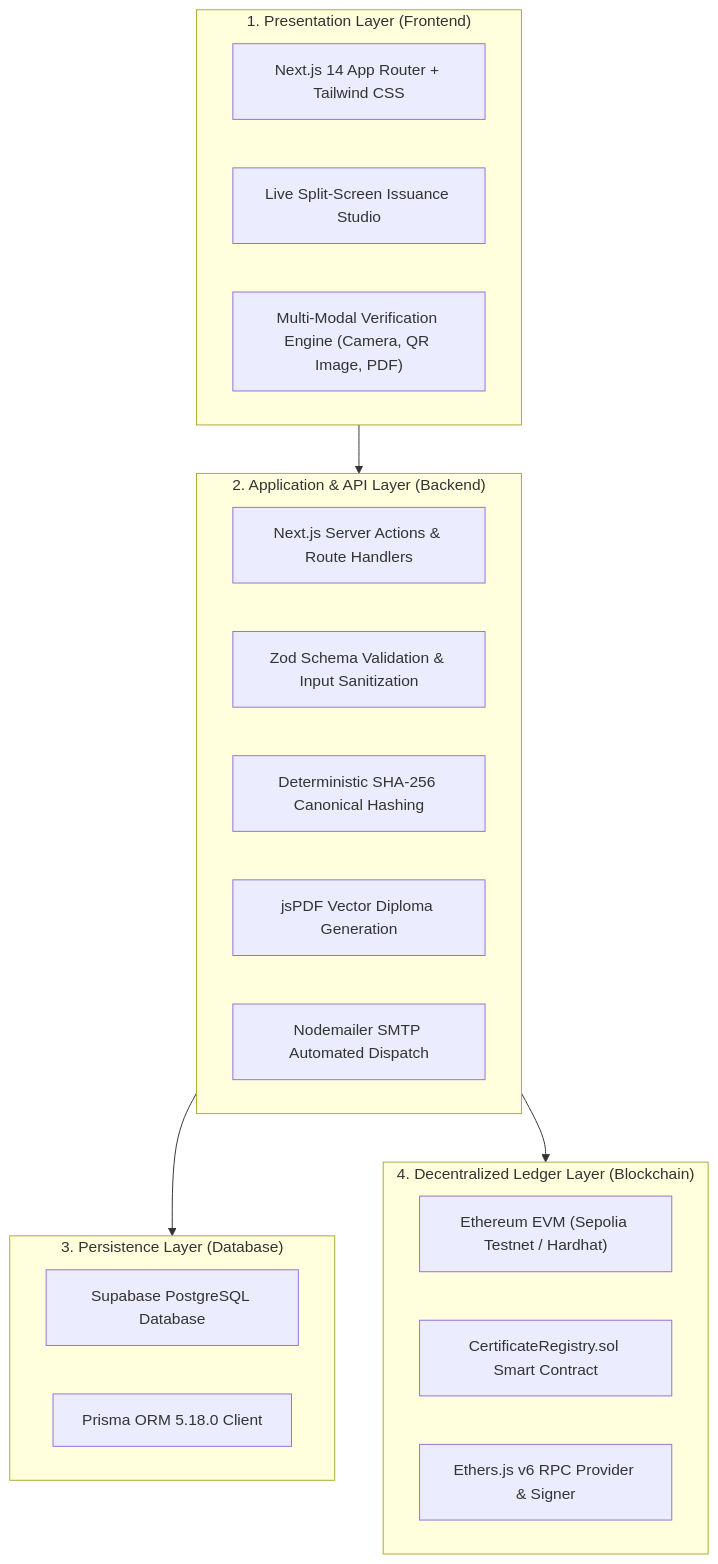
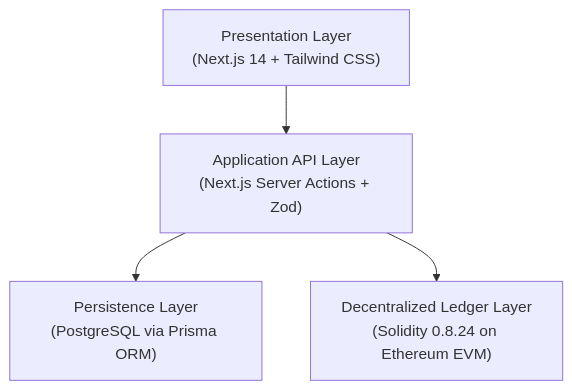
Before and after one commit to mengchheanglong/citadel-blockchain-certificates: the first of 2 diagrams in PROJECT_SUBMISSION_REPORT.md, drawn with Mermaid. The commit also changed other lines of this file and 2 other files, not shown here.

````diff
--- a/PROJECT_SUBMISSION_REPORT.md
+++ b/PROJECT_SUBMISSION_REPORT.md
@@ -50,31 +44,6 @@
 ```mermaid
 flowchart TD
-    subgraph PresentationLayer["1. Presentation Layer (Frontend)"]
-        UI_Web["Next.js 14 App Router + Tailwind CSS"]
-        UI_Studio["Live Split-Screen Issuance Studio"]
-        UI_Scanner["Multi-Modal Verification Engine (Camera, QR Image, PDF)"]
-    end
-
-    subgraph AppLayer["2. Application & API Layer (Backend)"]
-        API_Routes["Next.js Server Actions & Route Handlers"]
-        ZOD["Zod Schema Validation & Input Sanitization"]
-        HASH["Deterministic SHA-256 Canonical Hashing"]
-        PDF["jsPDF Vector Diploma Generation"]
-        EMAIL["Nodemailer SMTP Automated Dispatch"]
-    end
-
-    subgraph DataLayer["3. Persistence Layer (Database)"]
-        DB["Supabase PostgreSQL Database"]
-        PRISMA["Prisma ORM 5.18.0 Client"]
-    end
-
-    subgraph BlockchainLayer["4. Decentralized Ledger Layer (Blockchain)"]
-        EVM["Ethereum EVM (Sepolia Testnet / Hardhat)"]
-        CONTRACT["CertificateRegistry.sol Smart Contract"]
-        ETHERS["Ethers.js v6 RPC Provider & Signer"]
-    end
-
-    PresentationLayer --> AppLayer
-    AppLayer --> DataLayer
-    AppLayer --> BlockchainLayer
+    A["Presentation Layer<br>(Next.js 14 + Tailwind CSS)"] --> B["Application API Layer<br>(Next.js Server Actions + Zod)"]
+    B --> C["Persistence Layer<br>(PostgreSQL via Prisma ORM)"]
+    B --> D["Decentralized Ledger Layer<br>(Solidity 0.8.24 on Ethereum EVM)"]
 ```
````
